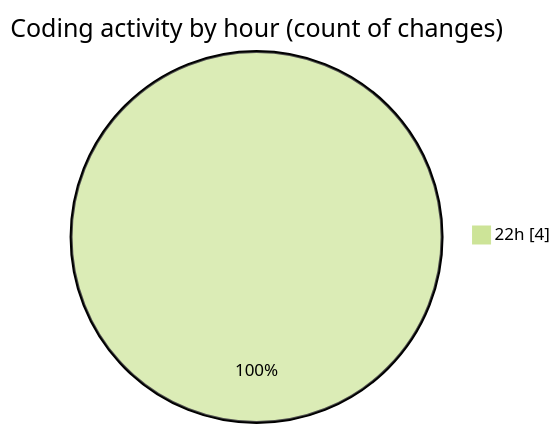
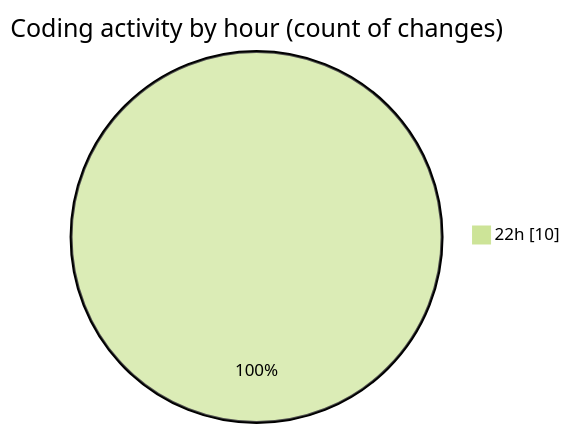
One commit to Ritupan-Deka/code-tracking changed the second of 2 diagrams in 2025-10-07/url-shortener/README.md. Above: the diagram before and after it, drawn with Mermaid (forest theme). The commit also changed other lines of this file and 1 other file, not shown here.

````diff
--- a/2025-10-07/url-shortener/README.md
+++ b/2025-10-07/url-shortener/README.md
@@ -28,5 +30,5 @@
 ```mermaid
 pie showData
 title Coding activity by hour (count of changes)
-"22h" : 4
+"22h" : 10
 ```
````
